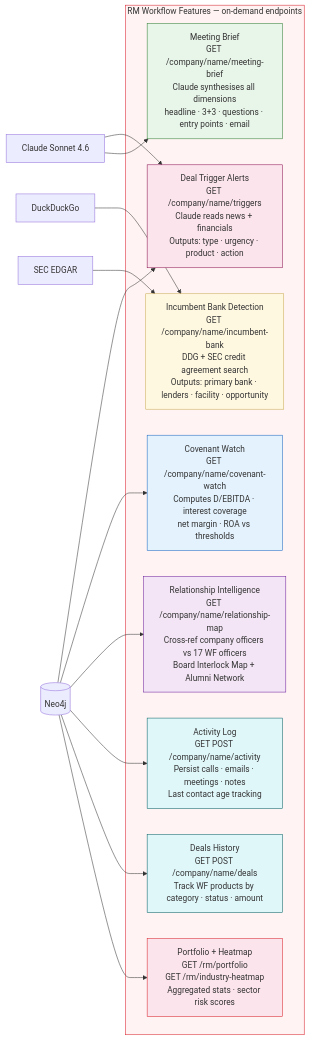
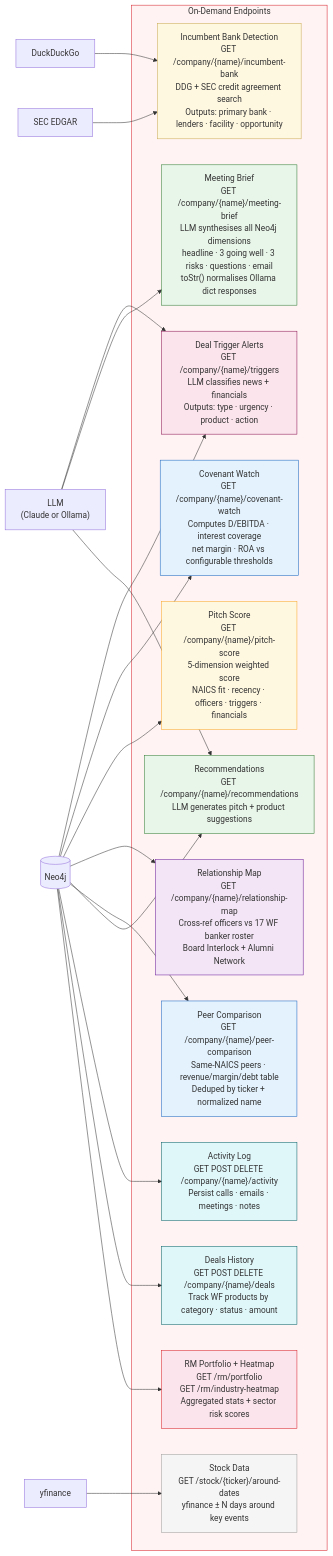
One commit to ottoaara/Claude changed the second of 4 diagrams in docs/agent_flow.md. Above: the diagram before and after it, drawn with Mermaid. The commit also changed other lines of this file and 13 other files, not shown here.

````diff
--- a/docs/agent_flow.md
+++ b/docs/agent_flow.md
@@ -45,39 +52,43 @@
 ```mermaid
 flowchart LR
     NEO[("Neo4j")]
-    ANT["Claude Sonnet 4.6"]
+    ANT["LLM\n(Claude or Ollama)"]
     DDG["DuckDuckGo"]
     EDGAR["SEC EDGAR"]
+    YF["yfinance"]
 
-    subgraph RM["RM Workflow Features  —  on-demand endpoints"]
-        F1["Deal Trigger Alerts\nGET /company/name/triggers\nClaude reads news + financials\nOutputs: type · urgency · product · action"]
-        F2["Covenant Watch\nGET /company/name/covenant-watch\nComputes D/EBITDA · interest coverage\nnet margin · ROA vs thresholds"]
-        F3["Incumbent Bank Detection\nGET /company/name/incumbent-bank\nDDG + SEC credit agreement search\nOutputs: primary bank · lenders · facility · opportunity"]
-        F4["Meeting Brief\nGET /company/name/meeting-brief\nClaude synthesises all dimensions\nheadline · 3+3 · questions · entry points · email"]
-        F5["Relationship Intelligence\nGET /company/name/relationship-map\nCross-ref company officers vs 17 WF officers\nBoard Interlock Map + Alumni Network"]
-        F6["Activity Log\nGET POST /company/name/activity\nPersist calls · emails · meetings · notes\nLast contact age tracking"]
-        F7["Deals History\nGET POST /company/name/deals\nTrack WF products by category · status · amount"]
-        F8["Portfolio + Heatmap\nGET /rm/portfolio\nGET /rm/industry-heatmap\nAggregated stats · sector risk scores"]
+    subgraph RM["On-Demand Endpoints"]
+        F1["Deal Trigger Alerts\nGET /company/{name}/triggers\nLLM classifies news + financials\nOutputs: type · urgency · product · action"]
+        F2["Covenant Watch\nGET /company/{name}/covenant-watch\nComputes D/EBITDA · interest coverage\nnet margin · ROA vs configurable thresholds"]
+        F3["Incumbent Bank Detection\nGET /company/{name}/incumbent-bank\nDDG + SEC credit agreement search\nOutputs: primary bank · lenders · facility · opportunity"]
+        F4["Meeting Brief\nGET /company/{name}/meeting-brief\nLLM synthesises all Neo4j dimensions\nheadline · 3 going well · 3 risks · questions · email\ntoStr() normalises Ollama dict responses"]
+        F5["Pitch Score\nGET /company/{name}/pitch-score\n5-dimension weighted score\nNAICS fit · recency · officers · triggers · financials"]
+        F6["Relationship Map\nGET /company/{name}/relationship-map\nCross-ref officers vs 17 WF banker roster\nBoard Interlock + Alumni Network"]
+        F7["Peer Comparison\nGET /company/{name}/peer-comparison\nSame-NAICS peers · revenue/margin/debt table\nDeduped by ticker + normalized name"]
+        F8["Recommendations\nGET /company/{name}/recommendations\nLLM generates pitch + product suggestions"]
+        F9["Activity Log\nGET POST DELETE /company/{name}/activity\nPersist calls · emails · meetings · notes"]
+        F10["Deals History\nGET POST DELETE /company/{name}/deals\nTrack WF products by category · status · amount"]
+        F11["RM Portfolio + Heatmap\nGET /rm/portfolio\nGET /rm/industry-heatmap\nAggregated stats + sector risk scores"]
+        F12["Stock Data\nGET /stock/{ticker}/around-dates\nyfinance ± N days around key events"]
     end
 
-    NEO --> F1
-    NEO --> F2
-    NEO --> F5
-    NEO --> F6
-    NEO --> F7
-    NEO --> F8
-    ANT --> F1
-    ANT --> F4
+    NEO --> F1 & F2 & F5 & F6 & F7 & F8 & F9 & F10 & F11
+    ANT --> F1 & F4 & F8
     DDG --> F3
     EDGAR --> F3
+    YF --> F12
 
     style RM fill:#fff3f3,stroke:#D71E28
     style F1 fill:#fce4ec,stroke:#880e4f
     style F2 fill:#e3f2fd,stroke:#1565c0
     style F3 fill:#fff8e1,stroke:#C8A951
     style F4 fill:#e8f5e9,stroke:#2e7d32
-    style F5 fill:#f3e5f5,stroke:#6a1b9a
-    style F6 fill:#e0f7fa,stroke:#006064
-    style F7 fill:#e0f7fa,stroke:#006064
-    style F8 fill:#fce4ec,stroke:#D71E28
+    style F5 fill:#fff8e1,stroke:#f9a825
+    style F6 fill:#f3e5f5,stroke:#6a1b9a
+    style F7 fill:#e3f2fd,stroke:#1565c0
+    style F8 fill:#e8f5e9,stroke:#2e7d32
+    style F9 fill:#e0f7fa,stroke:#006064
+    style F10 fill:#e0f7fa,stroke:#006064
+    style F11 fill:#fce4ec,stroke:#D71E28
+    style F12 fill:#f5f5f5,stroke:#9e9e9e
 ```
````
